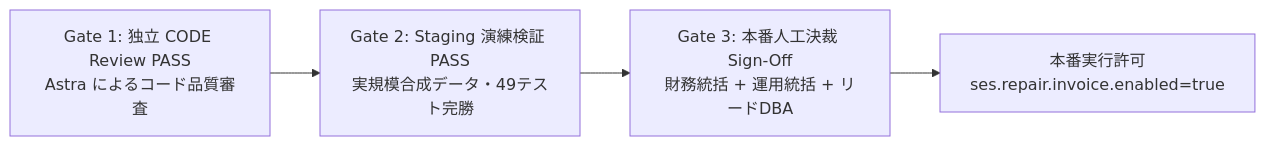
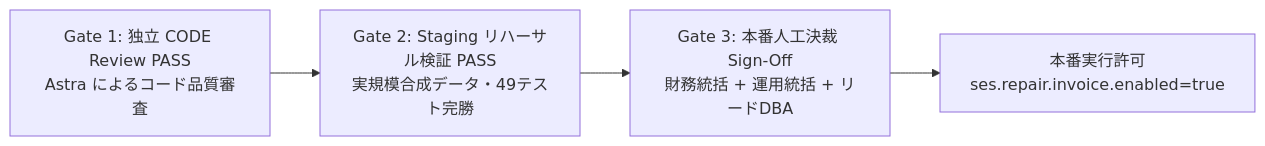
One commit to satoshi2024/ses-manager-pro changed the second of 2 diagrams in .kiro/specs/asset-account-license-lifecycle/v182-repair-executor-boundary-a-plan.md. Above: the diagram before and after it, drawn with Mermaid. The commit also changed other lines of this file and 93 other files, not shown here.

````diff
--- a/.kiro/specs/asset-account-license-lifecycle/v182-repair-executor-boundary-a-plan.md
+++ b/.kiro/specs/asset-account-license-lifecycle/v182-repair-executor-boundary-a-plan.md
@@ -651,6 +651,6 @@
 ```mermaid
 flowchart LR
-    G1[Gate 1: 独立 CODE Review PASS<br/>Astra によるコード品質審査] --> G2[Gate 2: Staging 演練検証 PASS<br/>実規模合成データ・49テスト完勝]
+    G1[Gate 1: 独立 CODE Review PASS<br/>Astra によるコード品質審査] --> G2[Gate 2: Staging リハーサル検証 PASS<br/>実規模合成データ・49テスト完勝]
     G2 --> G3[Gate 3: 本番人工決裁 Sign-Off<br/>財務統括 + 運用統括 + リードDBA]
     G3 --> ProdEnable[本番実行許可<br/>ses.repair.invoice.enabled=true]
 ```
````
